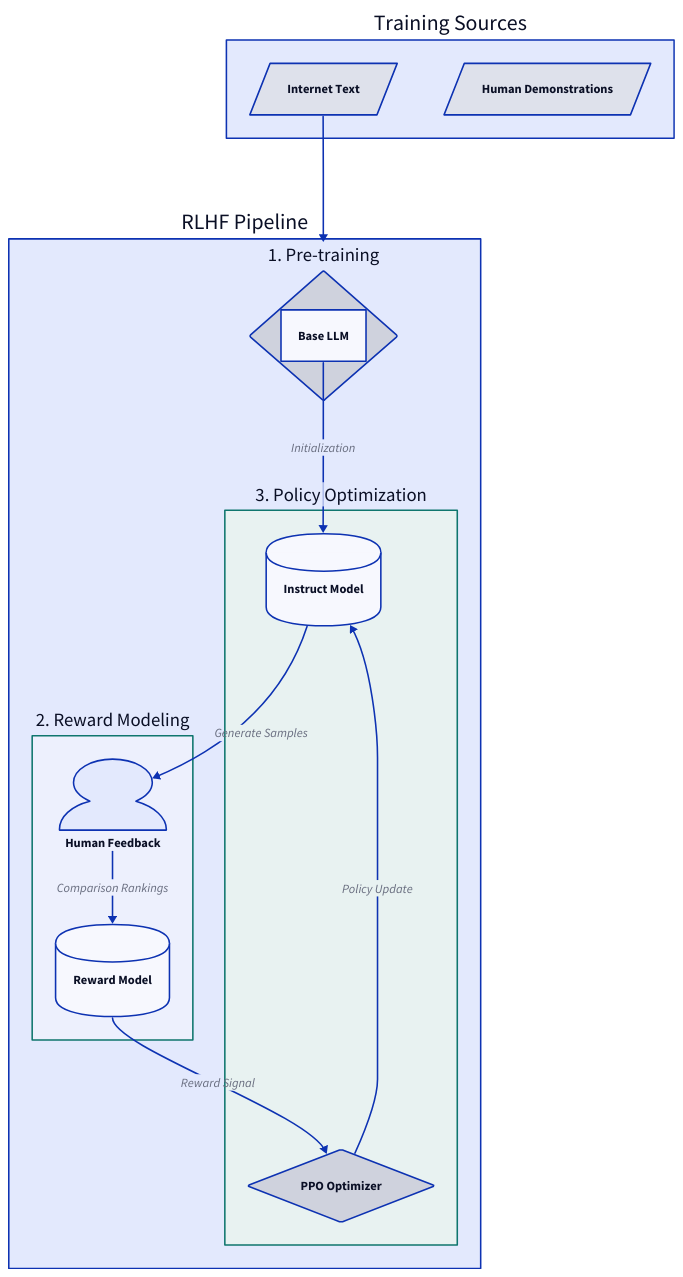
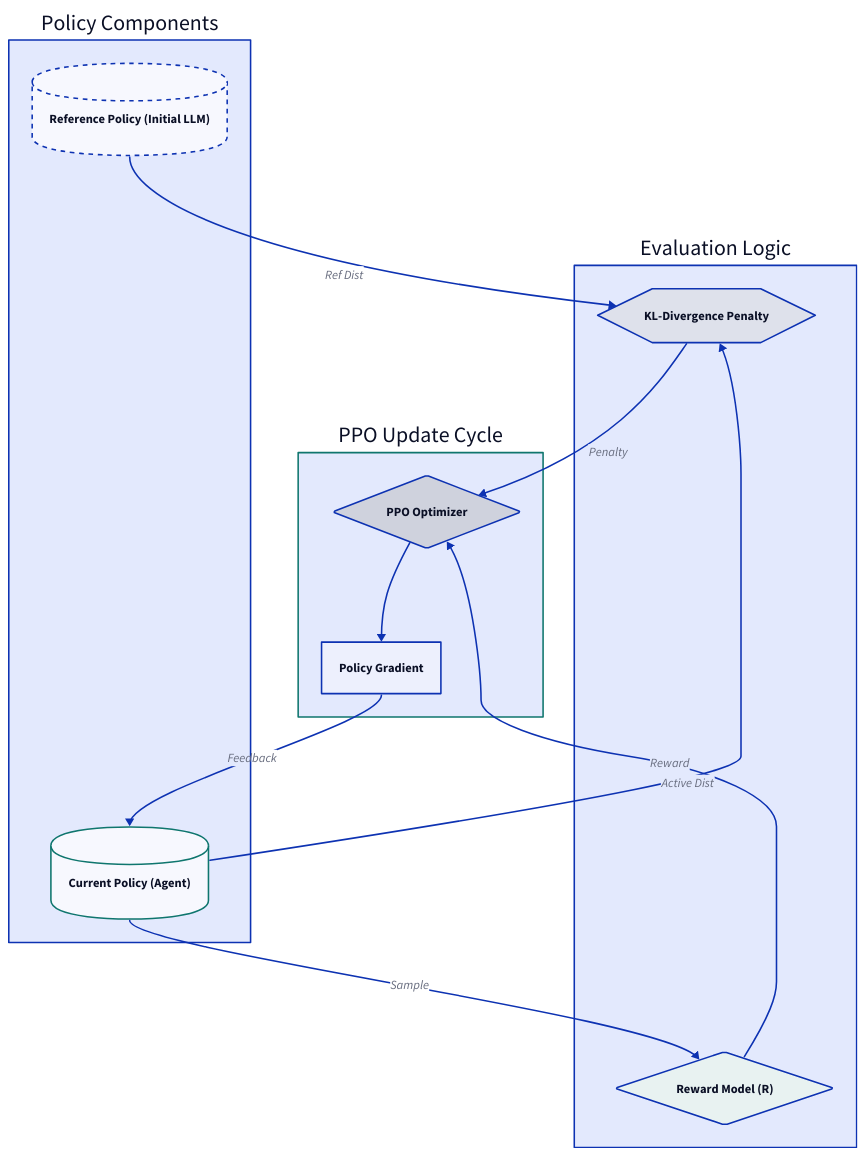
The diagram in content/articles/rlhf.md (s-chudmunge/eulerfold), drawn with D2 before and after one commit. The commit also changed 45 other files, not shown here.

````diff
--- a/content/articles/rlhf.md
+++ b/content/articles/rlhf.md
@@ -24,40 +24,47 @@
 ```d2
 direction: down
 
-Dataset: "Training Sources" {
-  Internet: "Internet Text" {shape: parallelogram}
-  Human: "Human Demonstrations" {shape: parallelogram}
-}
-
-Process: "RLHF Pipeline" {
-  Pretraining: "1. Pre-training" {
-    shape: diamond
-    Base: "Base LLM"
+Models: "Policy Components" {
+  Base_Model: "Reference Policy (Initial LLM)" {
+    shape: cylinder
+    style: {stroke-dash: 3}
   }
 
-  RM_Phase: "2. Reward Modeling" {
+  Active_Model: "Current Policy (Agent)" {
+    shape: cylinder
     style: {
-      stroke: "#0F766E"
+      stroke: "#0f766e"
       stroke-width: 2
     }
-    Ranker: "Human Feedback" {shape: person}
-    RM: "Reward Model" {shape: cylinder}
-    Ranker -> RM: "Comparison Rankings"
-  }
-
-  RL_Phase: "3. Policy Optimization" {
-    style: {
-      fill: "#e8f2f1"
-      stroke: "#0F766E"
-    }
-    PPO: "PPO Optimizer" {shape: diamond}
-    Agent: "Instruct Model" {shape: cylinder}
-    PPO -> Agent: "Policy Update"
   }
 }
 
-Dataset.Internet -> Process.Pretraining
-Process.Pretraining.Base -> Process.RL_Phase.Agent: "Initialization"
-Process.RM_Phase.RM -> Process.RL_Phase.PPO: "Reward Signal"
-Process.RL_Phase.Agent -> Process.RM_Phase.Ranker: "Generate Samples"
+Judgement: "Evaluation Logic" {
+  Reward_Model: "Reward Model (R)" {
+    shape: diamond
+    style: {fill: "#e8f2f1"}
+  }
+  
+  KL_Constraint: "KL-Divergence Penalty" {
+    shape: hexagon
+  }
+}
+
+Optimization: "PPO Update Cycle" {
+  style: {
+    stroke: "#0f766e"
+    stroke-width: 2
+  }
+  PPO: "PPO Optimizer" {shape: diamond}
+  Update: "Policy Gradient"
+  PPO -> Update
+}
+
+Models.Active_Model -> Judgement.Reward_Model: "Sample"
+Models.Active_Model -> Judgement.KL_Constraint: "Active Dist"
+Models.Base_Model -> Judgement.KL_Constraint: "Ref Dist"
+
+Judgement.Reward_Model -> Optimization.PPO: "Reward"
+Judgement.KL_Constraint -> Optimization.PPO: "Penalty"
+Optimization.Update -> Models.Active_Model: "Feedback"
 ```
````
